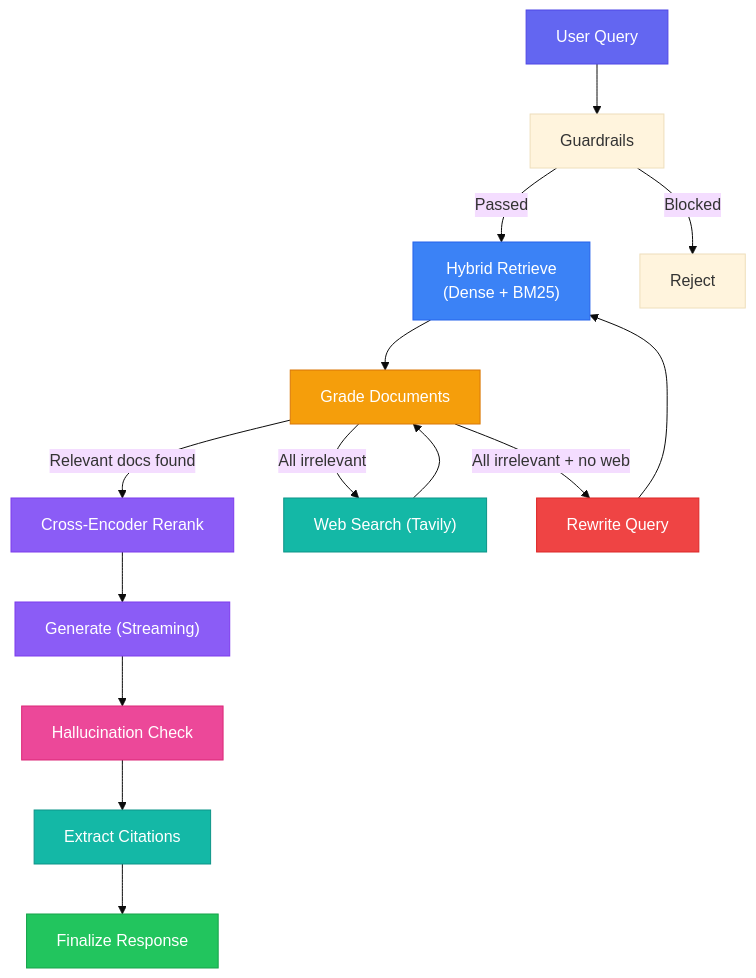
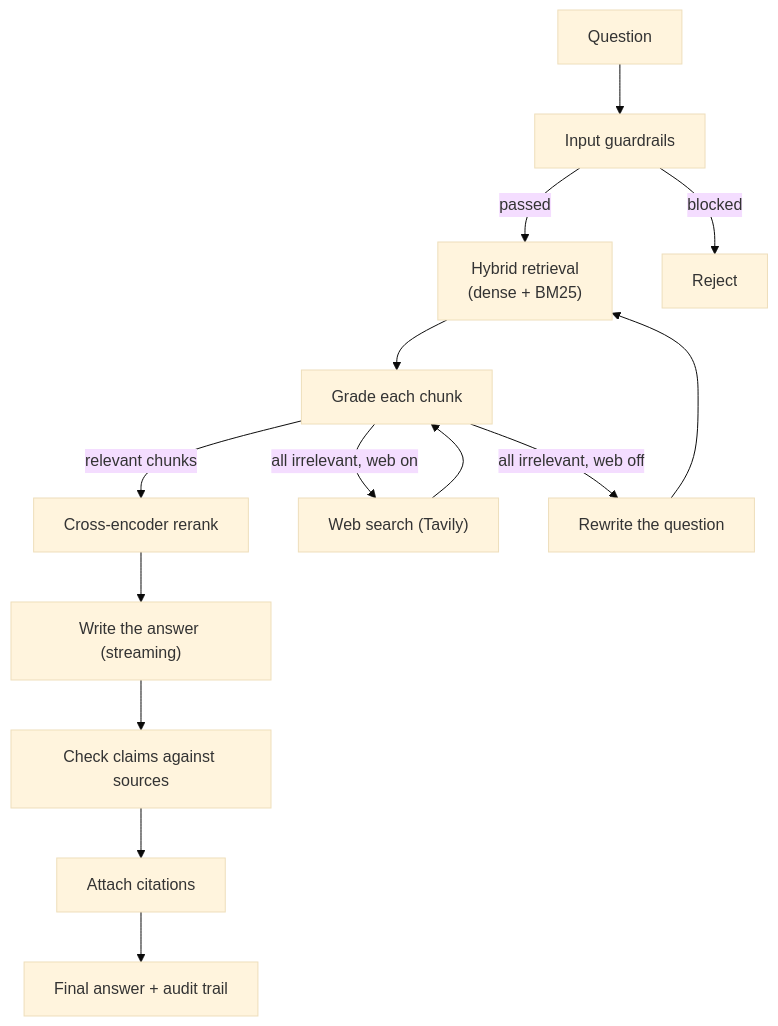
The diagram in README.md (khalequzzamanlikhon/SentinelRAG), drawn with Mermaid (base theme) before and after one commit. The commit also changed other lines of this file, not shown here.

Commit message:
rewrite the readme in plain first person

````diff
--- a/README.md
+++ b/README.md
@@ -51,27 +23,16 @@
 ```mermaid
 graph TD
-    A["User Query"] --> G["Guardrails"]
-    G -->|"Passed"| B["Hybrid Retrieve<br/>(Dense + BM25)"]
-    G -->|"Blocked"| X["Reject"]
-    B --> C["Grade Documents"]
-    C -->|"Relevant docs found"| D["Cross-Encoder Rerank"]
-    C -->|"All irrelevant"| E["Web Search (Tavily)"]
-    C -->|"All irrelevant + no web"| F["Rewrite Query"]
+    A["Question"] --> G["Input guardrails"]
+    G -->|"passed"| B["Hybrid retrieval<br/>(dense + BM25)"]
+    G -->|"blocked"| X["Reject"]
+    B --> C["Grade each chunk"]
+    C -->|"relevant chunks"| D["Cross-encoder rerank"]
+    C -->|"all irrelevant, web on"| E["Web search (Tavily)"]
+    C -->|"all irrelevant, web off"| F["Rewrite the question"]
     E --> C
     F --> B
-    D --> H["Generate (Streaming)"]
-    H --> I["Hallucination Check"]
-    I --> J["Extract Citations"]
-    J --> K["Finalize Response"]
-
-    style A fill:#6366f1,stroke:#4f46e5,color:#fff
-    style B fill:#3b82f6,stroke:#2563eb,color:#fff
-    style C fill:#f59e0b,stroke:#d97706,color:#fff
-    style D fill:#8b5cf6,stroke:#7c3aed,color:#fff
-    style E fill:#14b8a6,stroke:#0d9488,color:#fff
-    style F fill:#ef4444,stroke:#dc2626,color:#fff
-    style H fill:#8b5cf6,stroke:#7c3aed,color:#fff
-    style I fill:#ec4899,stroke:#db2777,color:#fff
-    style J fill:#14b8a6,stroke:#0d9488,color:#fff
-    style K fill:#22c55e,stroke:#16a34a,color:#fff
+    D --> H["Write the answer (streaming)"]
+    H --> I["Check claims against sources"]
+    I --> J["Attach citations"]
+    J --> K["Final answer + audit trail"]
 ```
````
